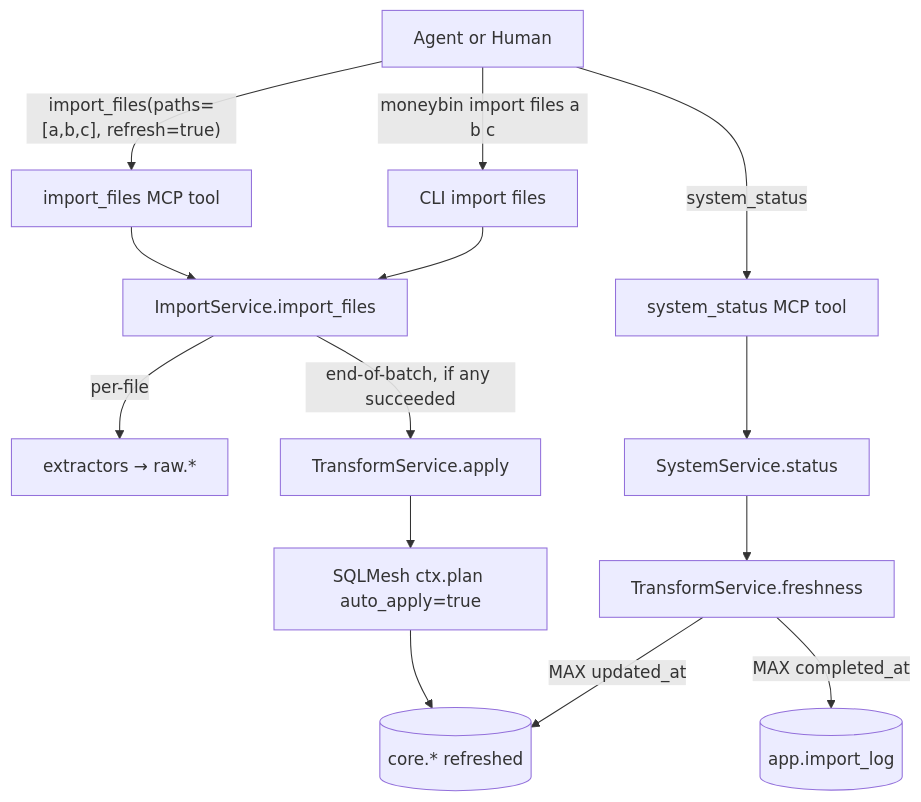
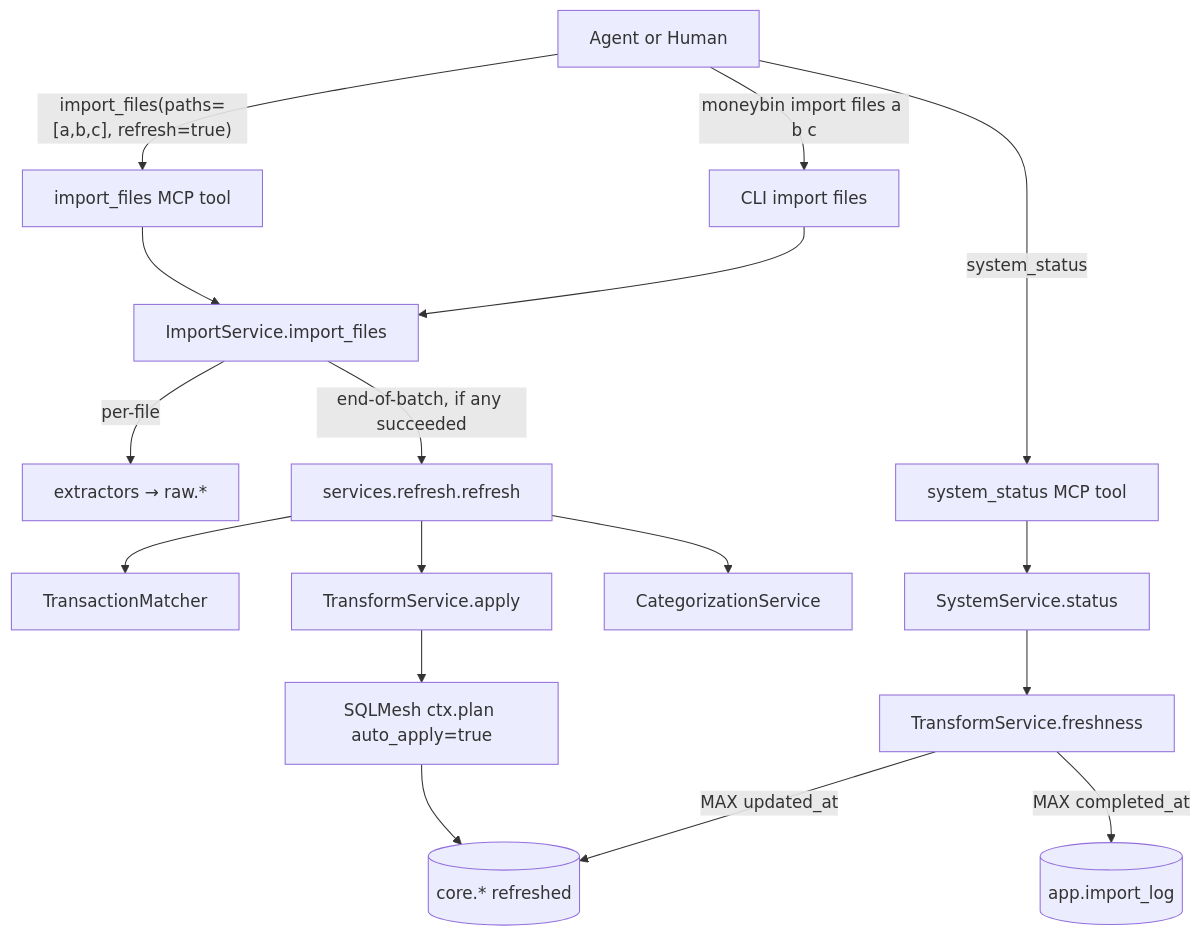
Before and after one commit to bsaffel/moneybin: the diagram in docs/specs/smart-import-transform.md, drawn with Mermaid. The commit also changed other lines of this file and 43 other files, not shown here.

````diff
--- a/docs/specs/smart-import-transform.md
+++ b/docs/specs/smart-import-transform.md
@@ -189,19 +189,22 @@
 ```mermaid
 flowchart TD
     Agent[Agent or Human]
 
     Agent -->|"import_files(paths=[a,b,c], refresh=true)"| MCP_IF[import_files MCP tool]
     Agent -->|"moneybin import files a b c"| CLI_IF[CLI import files]
     MCP_IF --> IS[ImportService.import_files]
     CLI_IF --> IS
     IS -->|per-file| EX[extractors → raw.*]
-    IS -->|"end-of-batch, if any succeeded"| TS_A[TransformService.apply]
+    IS -->|"end-of-batch, if any succeeded"| RF[services.refresh.refresh]
+    RF --> Match[TransactionMatcher]
+    RF --> TS_A[TransformService.apply]
+    RF --> Cat[CategorizationService]
     TS_A --> SQLM[SQLMesh ctx.plan auto_apply=true]
     SQLM --> Core[(core.* refreshed)]
 
     Agent -->|system_status| SS[system_status MCP tool]
     SS --> SSvc[SystemService.status]
     SSvc --> TSF[TransformService.freshness]
     TSF -->|MAX updated_at| Core
     TSF -->|MAX completed_at| ImpLog[(app.import_log)]
 ```
````
